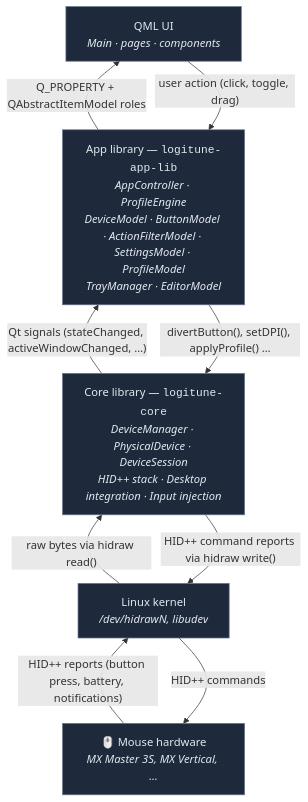
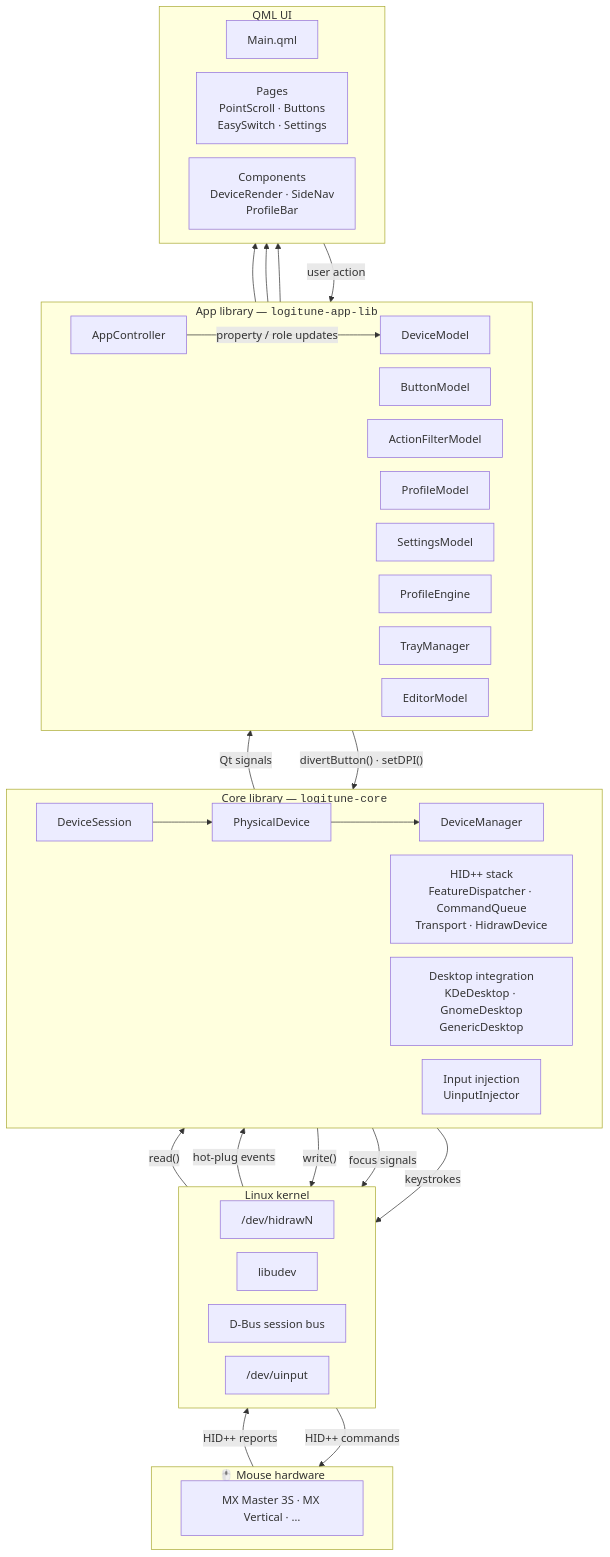
One commit to mmaher88/logitune changed the first of 17 diagrams in docs/wiki/Architecture.md. Above: the diagram before and after it, drawn with Mermaid.

Commit message:
docs(wiki): split layer blocks into component nodes with LR sub-layout
Rather than crammed multiline text inside one big box per layer, each
layer is now a subgraph containing its actual components as separate
nodes laid out left-to-right. Layers are stacked bottom-to-top via
invisible ~~~ rank edges. Cross-cutting data-flow edges (upward
reports and downward commands) keep their narrative labels and
terminate at specific nodes in each layer rather than the whole
layer box. Hot-plug / focus / keystroke edges shown separately to
make the hidraw is not the only kernel surface.

````diff
--- a/docs/wiki/Architecture.md
+++ b/docs/wiki/Architecture.md
@@ -9,21 +9,73 @@
 ```mermaid
+%%{init: {'flowchart': {'rankSpacing': 60, 'nodeSpacing': 20}}}%%
 flowchart BT
-    Mouse["🖱️ Mouse hardware<br/><i>MX Master 3S, MX Vertical, …</i>"]
-    Kernel["Linux kernel<br/><i>/dev/hidrawN, libudev</i>"]
-    Core["Core library — <code>logitune-core</code><br/><i>DeviceManager · PhysicalDevice · DeviceSession<br/>HID++ stack · Desktop integration · Input injection</i>"]
-    App["App library — <code>logitune-app-lib</code><br/><i>AppController · ProfileEngine<br/>DeviceModel · ButtonModel · ActionFilterModel · SettingsModel · ProfileModel<br/>TrayManager · EditorModel</i>"]
-    UI["QML UI<br/><i>Main · pages · components</i>"]
+    subgraph UI["QML UI"]
+        direction LR
+        Main[Main.qml]
+        Pages[Pages<br/>PointScroll · Buttons<br/>EasySwitch · Settings]
+        Components[Components<br/>DeviceRender · SideNav<br/>ProfileBar]
+    end
 
-    Mouse  -- "HID++ reports (button press, battery, notifications)" --> Kernel
-    Kernel -- "raw bytes via hidraw read()"                          --> Core
-    Core   -- "Qt signals (stateChanged, activeWindowChanged, …)"    --> App
-    App    -- "Q_PROPERTY + QAbstractItemModel roles"                --> UI
+    subgraph App["App library — <code>logitune-app-lib</code>"]
+        direction LR
+        AC[AppController]
+        DMm[DeviceModel]
+        BM[ButtonModel]
+        AFM[ActionFilterModel]
+        PM[ProfileModel]
+        SM[SettingsModel]
+        PE[ProfileEngine]
+        TM[TrayManager]
+        EM[EditorModel]
+    end
 
-    UI   -- "user action (click, toggle, drag)"                  --> App
-    App  -- "divertButton(), setDPI(), applyProfile() …"         --> Core
-    Core -- "HID++ command reports via hidraw write()"           --> Kernel
-    Kernel -- "HID++ commands"                                   --> Mouse
+    subgraph Core["Core library — <code>logitune-core</code>"]
+        direction LR
+        DM[DeviceManager]
+        PD[PhysicalDevice]
+        DS[DeviceSession]
+        Hidpp[HID++ stack<br/>FeatureDispatcher · CommandQueue<br/>Transport · HidrawDevice]
+        Desktop[Desktop integration<br/>KDeDesktop · GnomeDesktop<br/>GenericDesktop]
+        Inject[Input injection<br/>UinputInjector]
+    end
 
-    classDef layer fill:#1e293b,stroke:#64748b,color:#e2e8f0
-    class Mouse,Kernel,Core,App,UI layer
+    subgraph Kernel["Linux kernel"]
+        direction LR
+        hidraw["/dev/hidrawN"]
+        udev[libudev]
+        dbus[D-Bus session bus]
+        uinput["/dev/uinput"]
+    end
+
+    subgraph HW["🖱️ Mouse hardware"]
+        direction LR
+        Mouse["MX Master 3S · MX Vertical · …"]
+    end
+
+    %% --- cross-layer flow (data up) ---
+    Mouse -- "HID++ reports" --> hidraw
+    hidraw -- "read()" --> DS
+    DS --> PD --> DM
+    DM -- "Qt signals" --> AC
+    AC -- "property / role updates" --> DMm
+    DMm --> Main
+    BM --> Pages
+    AFM --> Pages
+
+    %% --- cross-layer flow (commands down) ---
+    Main -- "user action" --> AC
+    AC -- "divertButton() · setDPI()" --> DM
+    Hidpp -- "write()" --> hidraw
+    hidraw -- "HID++ commands" --> Mouse
+
+    %% --- other kernel surfaces ---
+    udev -- "hot-plug events" --> DM
+    Desktop -- "focus signals" --> dbus
+    Inject -- "keystrokes" --> uinput
+
+    %% force vertical layer ordering (BT)
+    Mouse ~~~ hidraw
+    hidraw ~~~ DS
+    DS ~~~ AC
+    AC ~~~ Main
 ```
````
